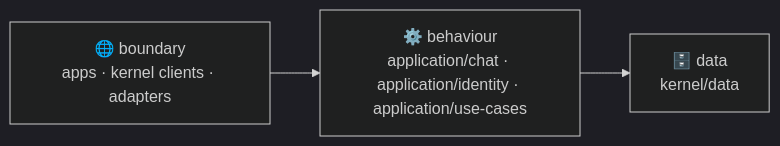
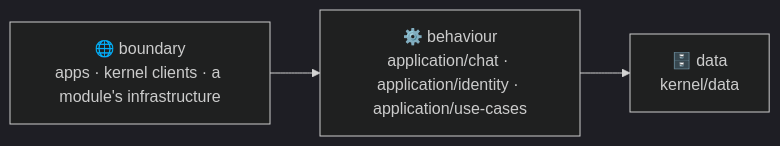
The second of 2 diagrams in README.md (khotei/app-template), drawn with Mermaid (dark theme) before and after one commit. The commit also changed other lines of this file, not shown here.

````diff
--- a/README.md
+++ b/README.md
@@ -118,5 +121,5 @@
 ```mermaid
 graph LR
-  B["🌐 boundary<br/>apps · kernel clients · adapters"] --> M["⚙️ behaviour<br/>application/chat · application/identity · application/use-cases"]
+  B["🌐 boundary<br/>apps · kernel clients · a module's infrastructure"] --> M["⚙️ behaviour<br/>application/chat · application/identity · application/use-cases"]
   M --> D["🗄️ data<br/>kernel/data"]
 ```
````
